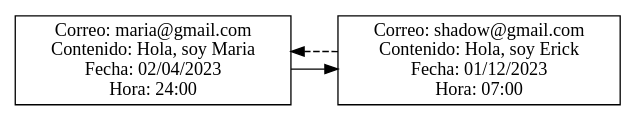
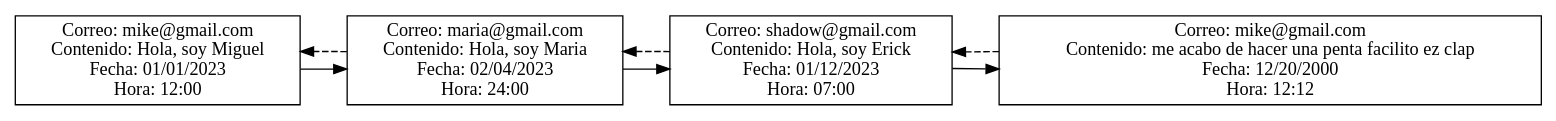
One commit to Kevin-alvarez1/PROYECTO_MULTIFASES_RED_SOCIAL changed the diagram in Fase1/output/publicaciones.dot. Above: the diagram before and after it, drawn with Graphviz. The commit also changed 19 other files, not shown here.

```diff
--- a/Fase1/output/publicaciones.dot
+++ b/Fase1/output/publicaciones.dot
@@ -1,8 +1,14 @@
 digraph G {
 node [shape=record];
 rankdir=LR;
-node0 [label="{Correo: maria@gmail.com\nContenido: Hola, soy Maria\nFecha: 02/04/2023\nHora: 24:00}"];
-node1 [label="{Correo: shadow@gmail.com\nContenido: Hola, soy Erick\nFecha: 01/12/2023\nHora: 07:00}"];
+node0 [label="{Correo: mike@gmail.com\nContenido: Hola, soy Miguel\nFecha: 01/01/2023\nHora: 12:00}"];
+node1 [label="{Correo: maria@gmail.com\nContenido: Hola, soy Maria\nFecha: 02/04/2023\nHora: 24:00}"];
+node2 [label="{Correo: shadow@gmail.com\nContenido: Hola, soy Erick\nFecha: 01/12/2023\nHora: 07:00}"];
+node3 [label="{Correo: mike@gmail.com\nContenido: me acabo de hacer una penta facilito ez clap\nFecha: 12/20/2000\nHora: 12:12}"];
 node0 -> node1;
+node1 -> node2;
 node1 -> node0 [style=dashed];
+node2 -> node3;
+node2 -> node1 [style=dashed];
+node3 -> node2 [style=dashed];
 }
```
